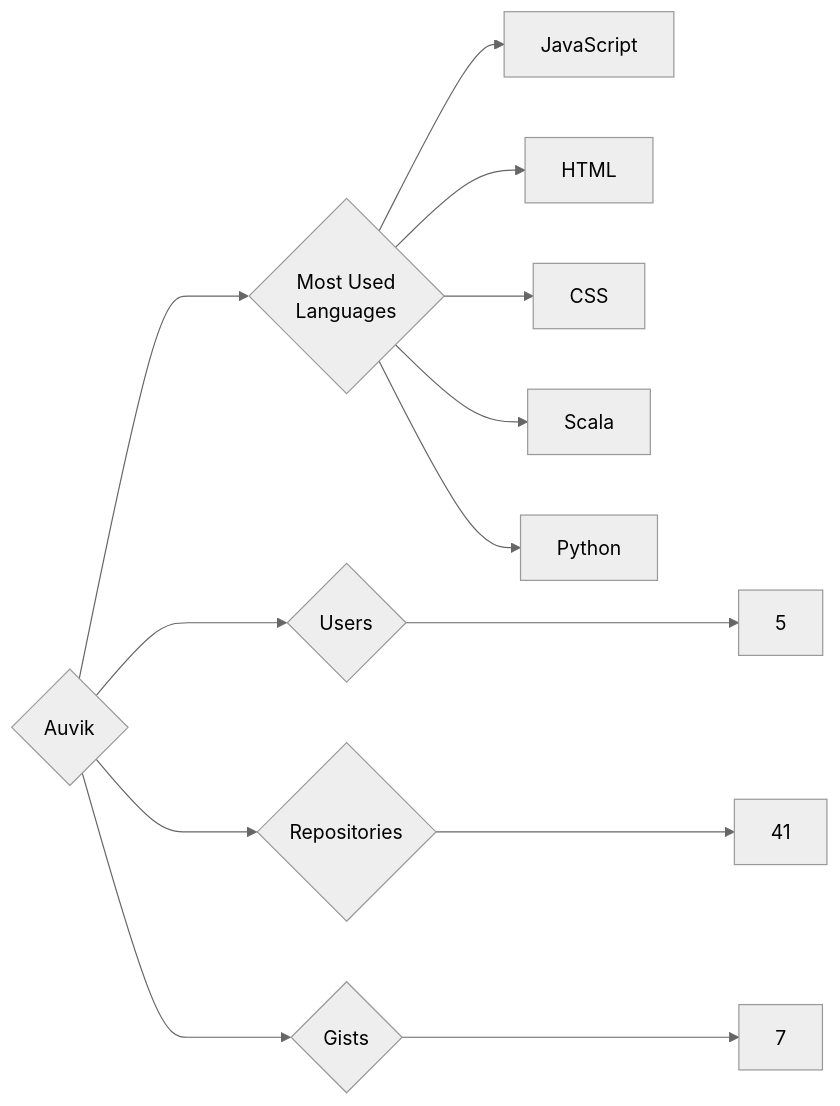
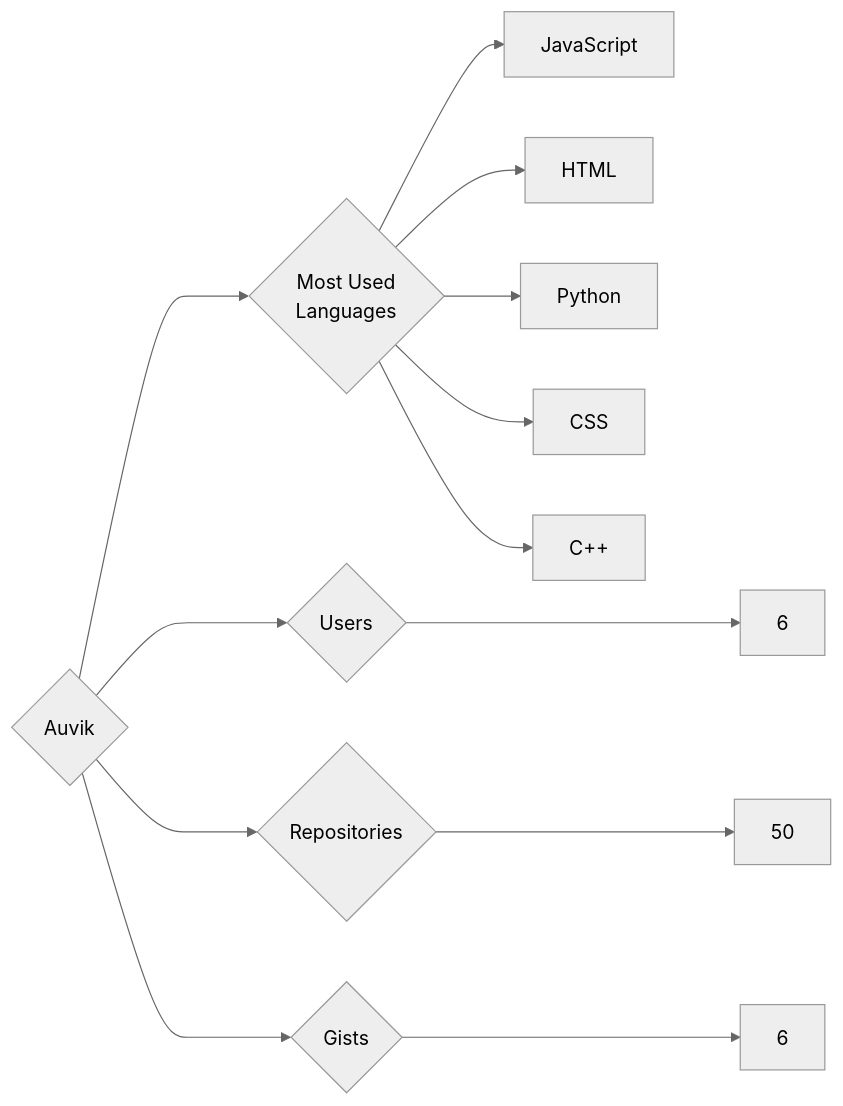
One commit to trickest/insiders changed the diagram in targets/Auvik/README.md. Above: the diagram before and after it, drawn with Mermaid (neutral theme). The commit also changed 679 other files, not shown here.

````diff
--- a/targets/Auvik/README.md
+++ b/targets/Auvik/README.md
@@ -3,13 +3,13 @@
 ```mermaid
 graph LR
 COMPANY_NAME{Auvik}
-COMPANY_NAME ---> U{Users} ---> UN[5]
-COMPANY_NAME ---> R{Repositories} ---> RN[41]
-COMPANY_NAME ---> G{Gists} ---> GN[7]
+COMPANY_NAME ---> U{Users} ---> UN[6]
+COMPANY_NAME ---> R{Repositories} ---> RN[50]
+COMPANY_NAME ---> G{Gists} ---> GN[6]
 COMPANY_NAME ---> ML{Most Used<br>Languages}
 ML --> JavaScript[JavaScript]
 ML --> HTML[HTML]
+ML --> Python[Python]
 ML --> CSS[CSS]
-ML --> Scala[Scala]
-ML --> Python[Python]
+ML --> C++[C++]
 ```
````
